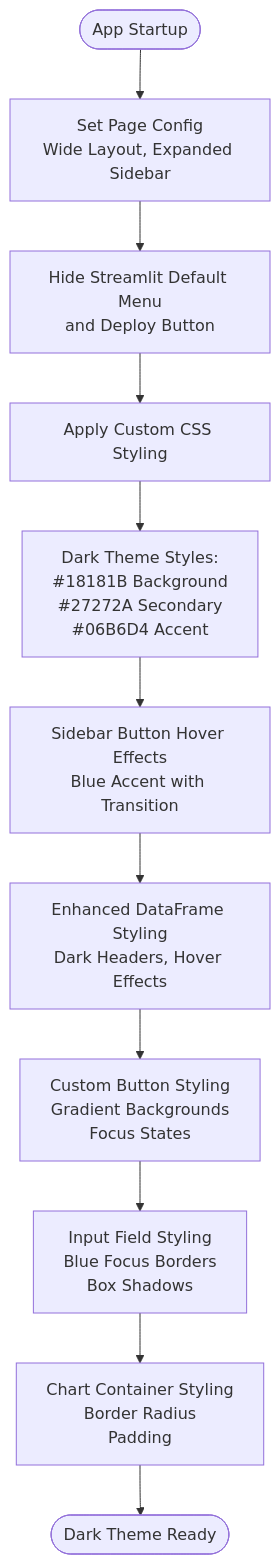
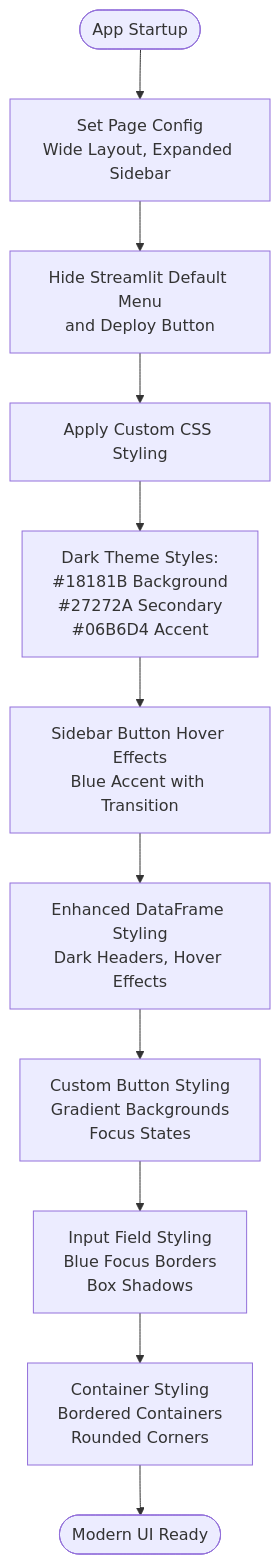
One commit to Johnny22056/SwimingStatus changed the third of 14 diagrams in .qoder/repowiki/en/content/Core Components/Application Controller.md. Above: the diagram before and after it, drawn with Mermaid. The commit also changed other lines of this file and 5 other files, not shown here.

First line of the commit message:
feat: add Dark/Light theme toggle with centralized palette

````diff
--- a/.qoder/repowiki/en/content/Core Components/Application Controller.md
+++ b/.qoder/repowiki/en/content/Core Components/Application Controller.md
@@ -178,13 +181,13 @@
 ```mermaid
 flowchart TD
 Start([App Startup]) --> SetPageConfig["Set Page Config<br/>Wide Layout, Expanded Sidebar"]
 SetPageConfig --> HideElements["Hide Streamlit Default Menu<br/>and Deploy Button"]
 HideElements --> ApplyCSS["Apply Custom CSS Styling"]
 ApplyCSS --> DarkTheme["Dark Theme Styles:<br/>#18181B Background<br/>#27272A Secondary<br/>#06B6D4 Accent"]
 DarkTheme --> HoverEffects["Sidebar Button Hover Effects<br/>Blue Accent with Transition"]
 HoverEffects --> DataFrameStyles["Enhanced DataFrame Styling<br/>Dark Headers, Hover Effects"]
 DataFrameStyles --> ButtonStyles["Custom Button Styling<br/>Gradient Backgrounds<br/>Focus States"]
 ButtonStyles --> InputStyles["Input Field Styling<br/>Blue Focus Borders<br/>Box Shadows"]
-InputStyles --> ChartStyles["Chart Container Styling<br/>Border Radius<br/>Padding"]
-ChartStyles --> End([Dark Theme Ready])
+InputStyles --> ContainerStyles["Container Styling<br/>Bordered Containers<br/>Rounded Corners"]
+ContainerStyles --> End([Modern UI Ready])
 ```
````
